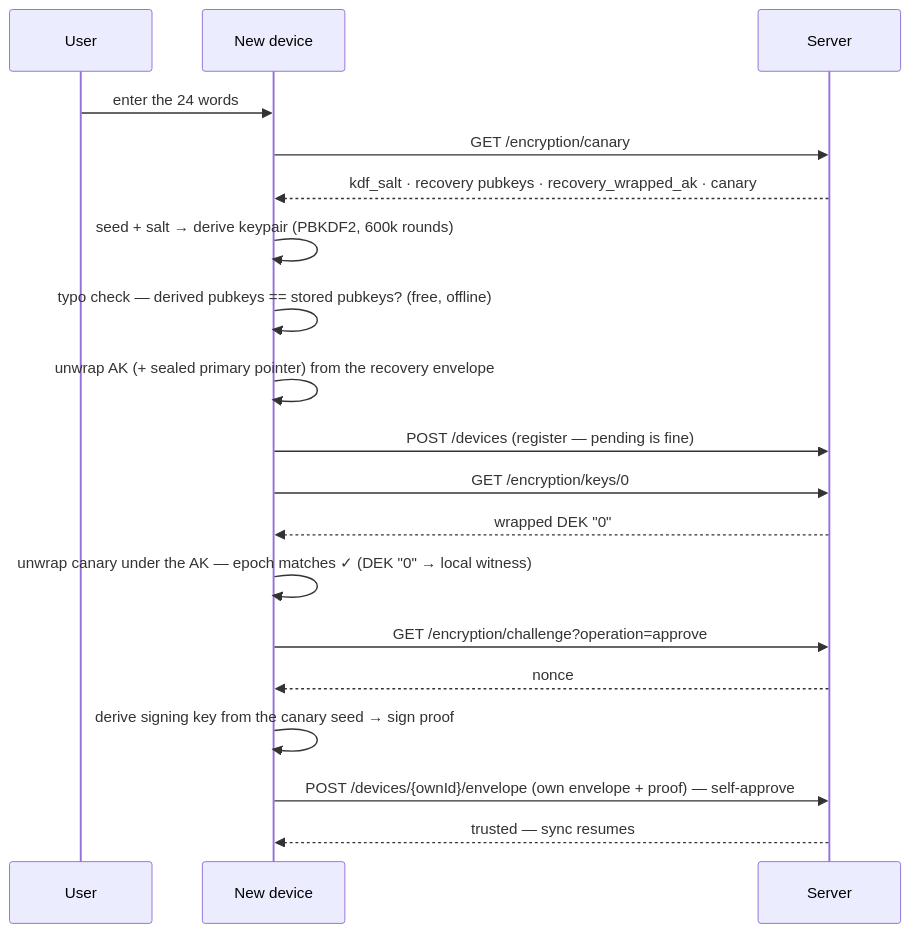
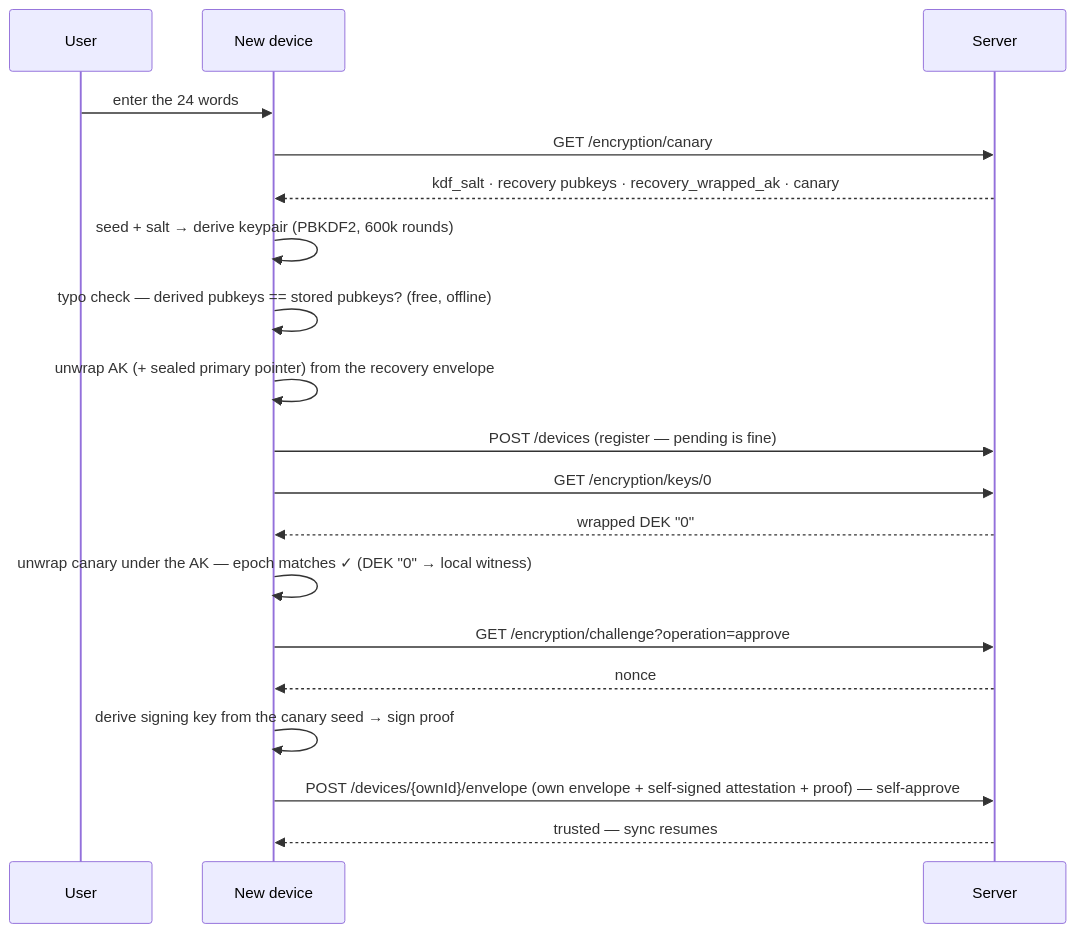
The sixth of 9 diagrams in docs/architecture/e2e-encryption.md (thunderbird/thunderbolt), drawn with Mermaid before and after one commit. The commit also changed other lines of this file and 14 other files, not shown here.

````diff
--- a/docs/architecture/e2e-encryption.md
+++ b/docs/architecture/e2e-encryption.md
@@ -454,21 +466,21 @@
 ```mermaid
 sequenceDiagram
     participant U as User
     participant N as New device
     participant S as Server
     U->>N: enter the 24 words
     N->>S: GET /encryption/canary
     S-->>N: kdf_salt · recovery pubkeys · recovery_wrapped_ak · canary
     N->>N: seed + salt → derive keypair (PBKDF2, 600k rounds)
     N->>N: typo check — derived pubkeys == stored pubkeys? (free, offline)
     N->>N: unwrap AK (+ sealed primary pointer) from the recovery envelope
     N->>S: POST /devices (register — pending is fine)
     N->>S: GET /encryption/keys/0
     S-->>N: wrapped DEK "0"
     N->>N: unwrap canary under the AK — epoch matches ✓ (DEK "0" → local witness)
     N->>S: GET /encryption/challenge?operation=approve
     S-->>N: nonce
     N->>N: derive signing key from the canary seed → sign proof
-    N->>S: POST /devices/{ownId}/envelope (own envelope + proof) — self-approve
+    N->>S: POST /devices/{ownId}/envelope (own envelope + self-signed attestation + proof) — self-approve
     S-->>N: trusted — sync resumes
 ```
````
